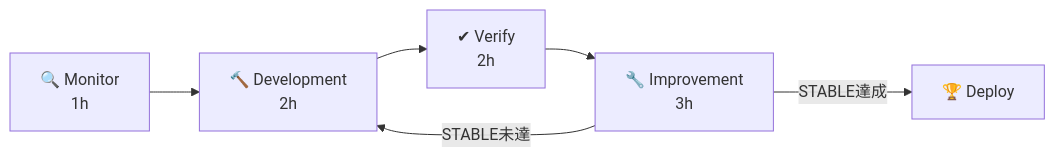
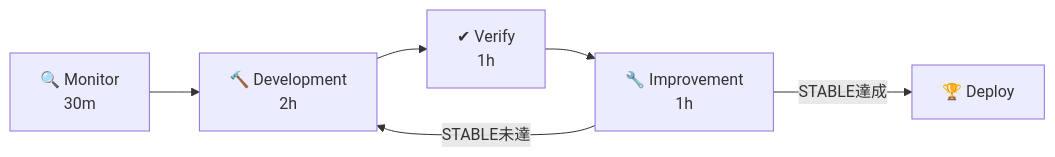
The second of 2 diagrams in scripts/templates/everything-claude-code/CLAUDE.md (Kensan196948G/ClaudeCLI-CodexCLI-CopilotCLI-StartUpTools-New), drawn with Mermaid before and after one commit. The commit also changed other lines of this file and 15 other files, not shown here.

````diff
--- a/scripts/templates/everything-claude-code/CLAUDE.md
+++ b/scripts/templates/everything-claude-code/CLAUDE.md
@@ -173,8 +173,8 @@
 ```mermaid
 flowchart LR
-    M[🔍 Monitor\n1h] --> D[🔨 Development\n2h]
-    D --> V[✔ Verify\n2h]
-    V --> I[🔧 Improvement\n3h]
+    M[🔍 Monitor\n30m] --> D[🔨 Development\n2h]
+    D --> V[✔ Verify\n1h]
+    V --> I[🔧 Improvement\n1h]
     I -->|STABLE未達| D
     I -->|STABLE達成| S[🏆 Deploy]
 ```
````
